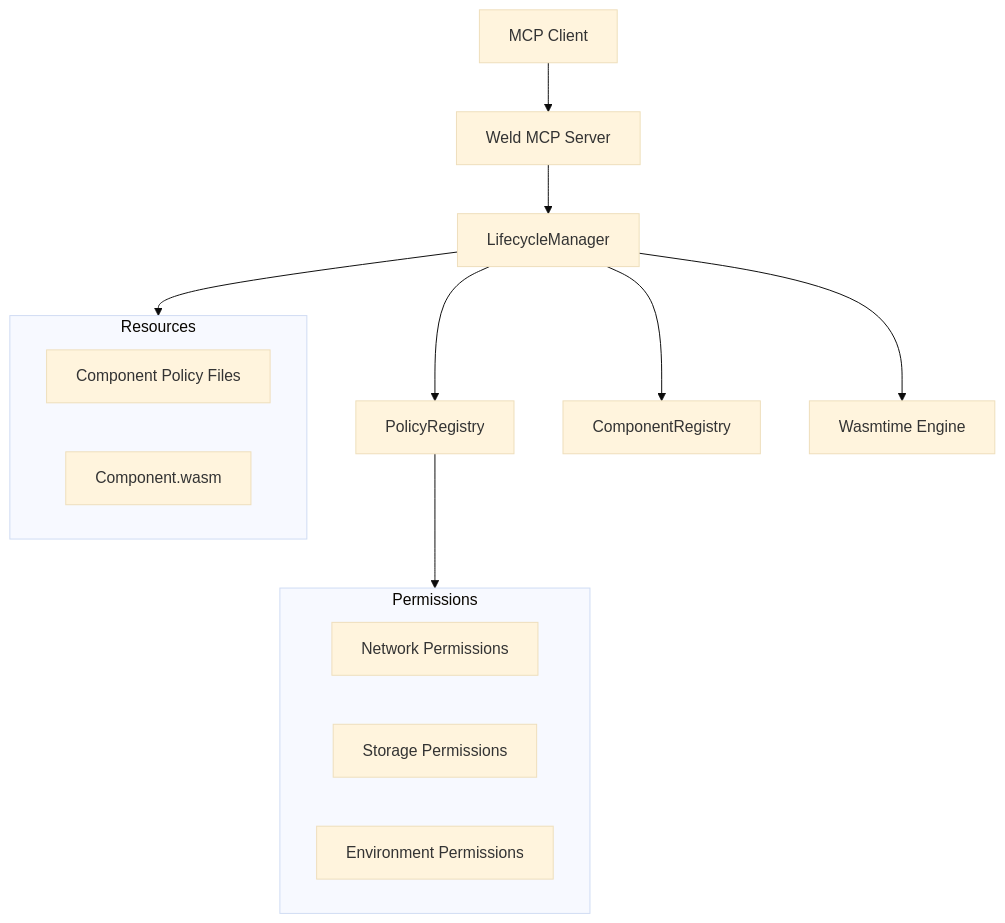
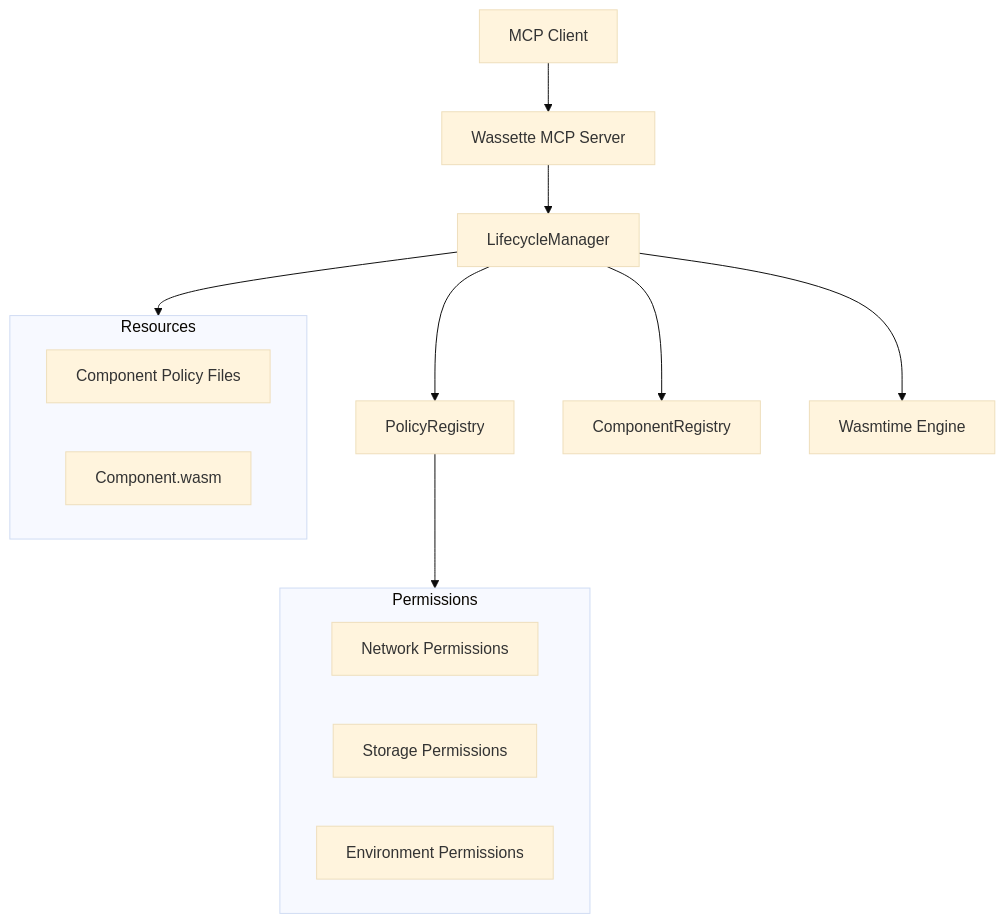
One commit to microsoft/wassette changed the diagram in design/weld-permission-system.md. Above: the diagram before and after it, drawn with Mermaid (base theme). The commit also changed other lines of this file and 4 other files, not shown here.

Commit message:
fix(all): rename weld to Wassette

````diff
--- a/design/weld-permission-system.md
+++ b/design/weld-permission-system.md
@@ -16,22 +16,22 @@
 ```mermaid
 graph TB
-    Client[MCP Client] --> Server[Weld MCP Server]
+    Client[MCP Client] --> Server[Wassette MCP Server]
     Server --> LM[LifecycleManager]
     LM --> PR[PolicyRegistry]
     LM --> CR[ComponentRegistry]
     LM --> Engine[Wasmtime Engine]
     
     LM --> Resources[Resources]
     PR --> Permissions[Permissions]
 
     subgraph "Resources"
         PolicyFile[Component Policy Files]
         ComponentFile[Component.wasm]
     end
     
     subgraph "Permissions"
         Network[Network Permissions]
         Storage[Storage Permissions]
         Environment[Environment Permissions]
     end
 ```
````
